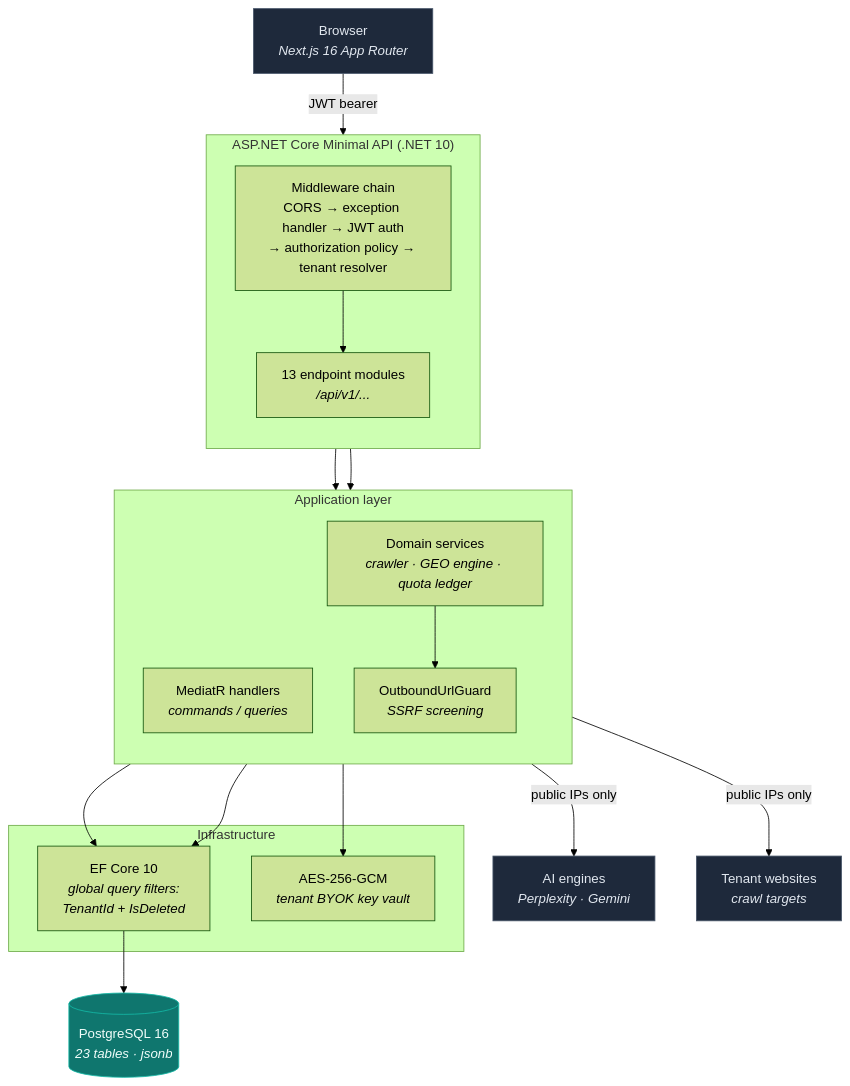
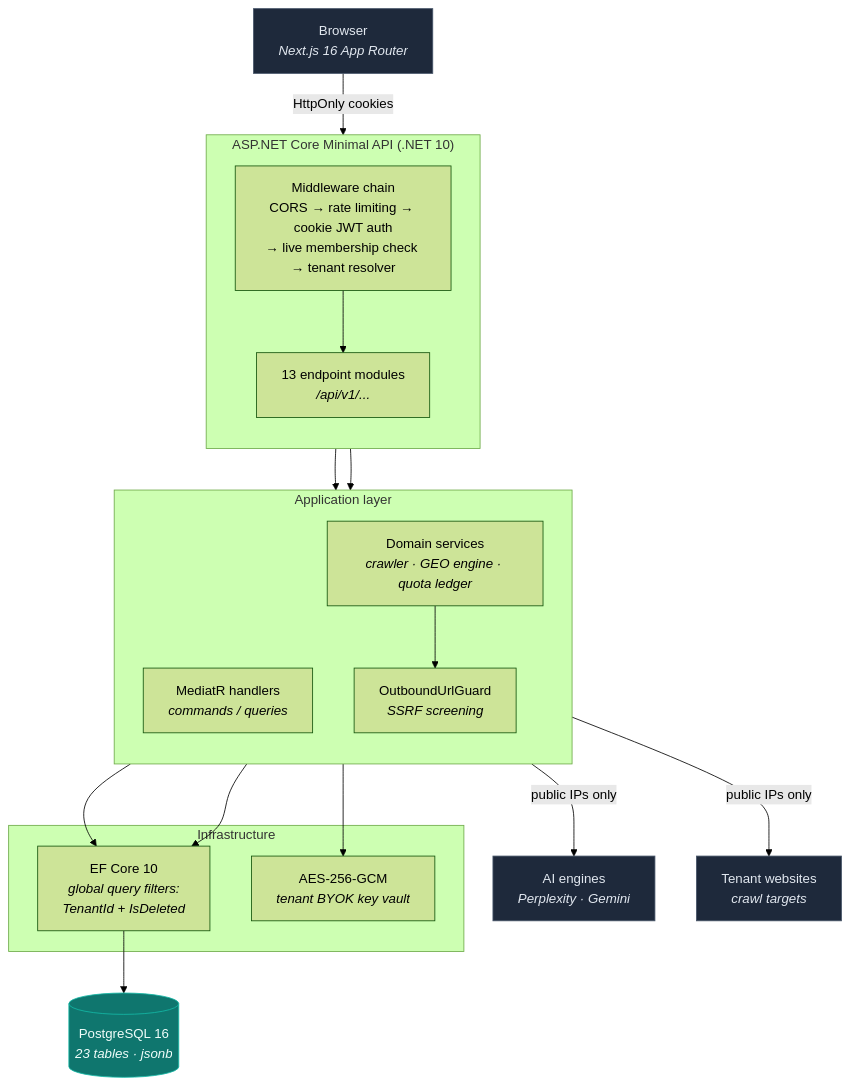
The diagram in README.md (yavuzcgg/akiron-seo), drawn with Mermaid (forest theme) before and after one commit. The commit also changed other lines of this file and 8 other files, not shown here.

````diff
--- a/README.md
+++ b/README.md
@@ -55,43 +55,43 @@
 ```mermaid
 flowchart TB
     Browser["Browser<br/><i>Next.js 16 App Router</i>"]
 
     subgraph API["ASP.NET Core Minimal API (.NET 10)"]
         direction TB
-        MW["Middleware chain<br/>CORS → exception handler → JWT auth<br/>→ authorization policy → tenant resolver"]
+        MW["Middleware chain<br/>CORS → rate limiting → cookie JWT auth<br/>→ live membership check → tenant resolver"]
         EP["13 endpoint modules<br/><i>/api/v1/...</i>"]
         MW --> EP
     end
 
     subgraph CORE["Application layer"]
         direction TB
         CQRS["MediatR handlers<br/><i>commands / queries</i>"]
         SVC["Domain services<br/><i>crawler · GEO engine · quota ledger</i>"]
         GUARD["OutboundUrlGuard<br/><i>SSRF screening</i>"]
     end
 
     subgraph DATA["Infrastructure"]
         EF["EF Core 10<br/><i>global query filters:<br/>TenantId + IsDeleted</i>"]
         CRYPTO["AES-256-GCM<br/><i>tenant BYOK key vault</i>"]
     end
 
     PG[("PostgreSQL 16<br/><i>23 tables · jsonb</i>")]
     ENGINES["AI engines<br/><i>Perplexity · Gemini</i>"]
     SITES["Tenant websites<br/><i>crawl targets</i>"]
 
-    Browser -->|"JWT bearer"| MW
+    Browser -->|"HttpOnly cookies"| MW
     EP --> CQRS
     EP --> SVC
     CQRS --> EF
     SVC --> EF
     SVC --> GUARD
     SVC --> CRYPTO
     GUARD -->|"public IPs only"| ENGINES
     GUARD -->|"public IPs only"| SITES
     EF --> PG
 
     classDef edge fill:#1e293b,stroke:#475569,color:#e2e8f0
     classDef store fill:#0f766e,stroke:#14b8a6,color:#f0fdfa
     class Browser,ENGINES,SITES edge
     class PG store
 ```
````
